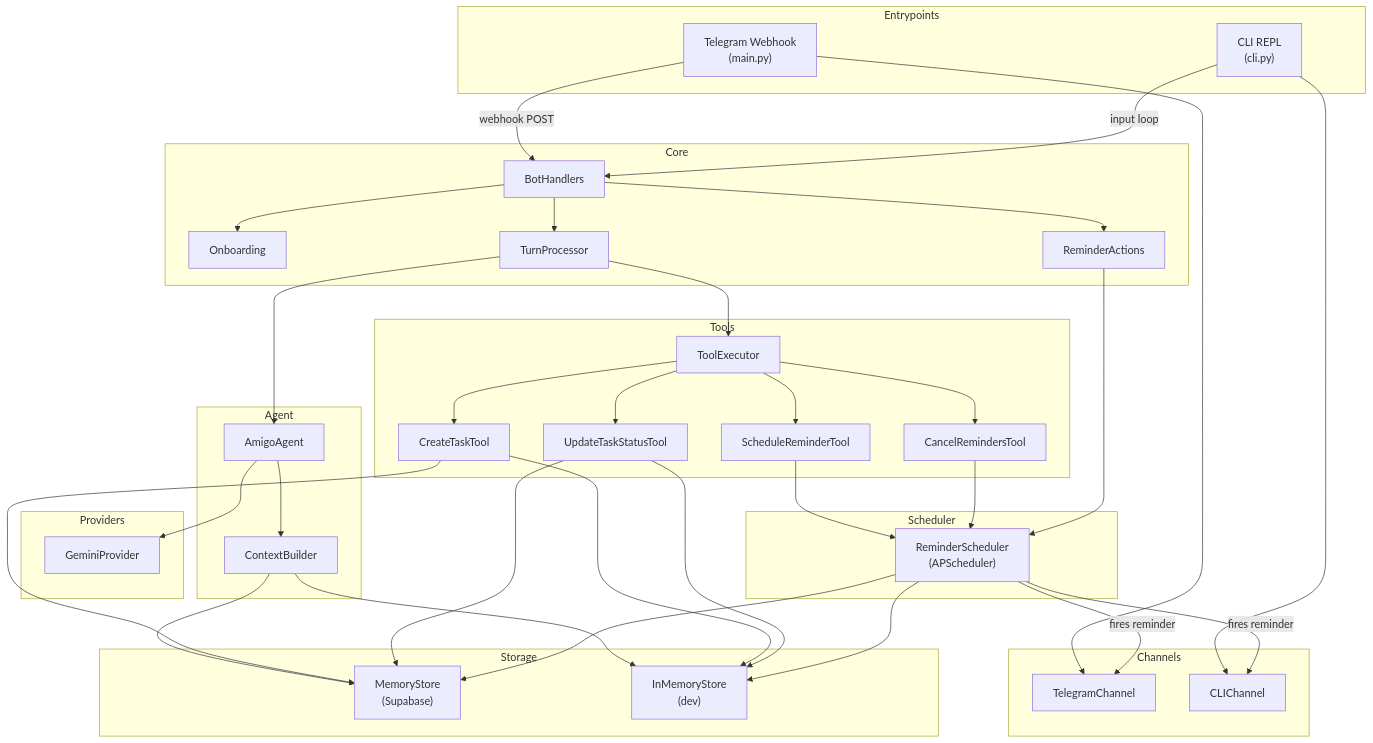
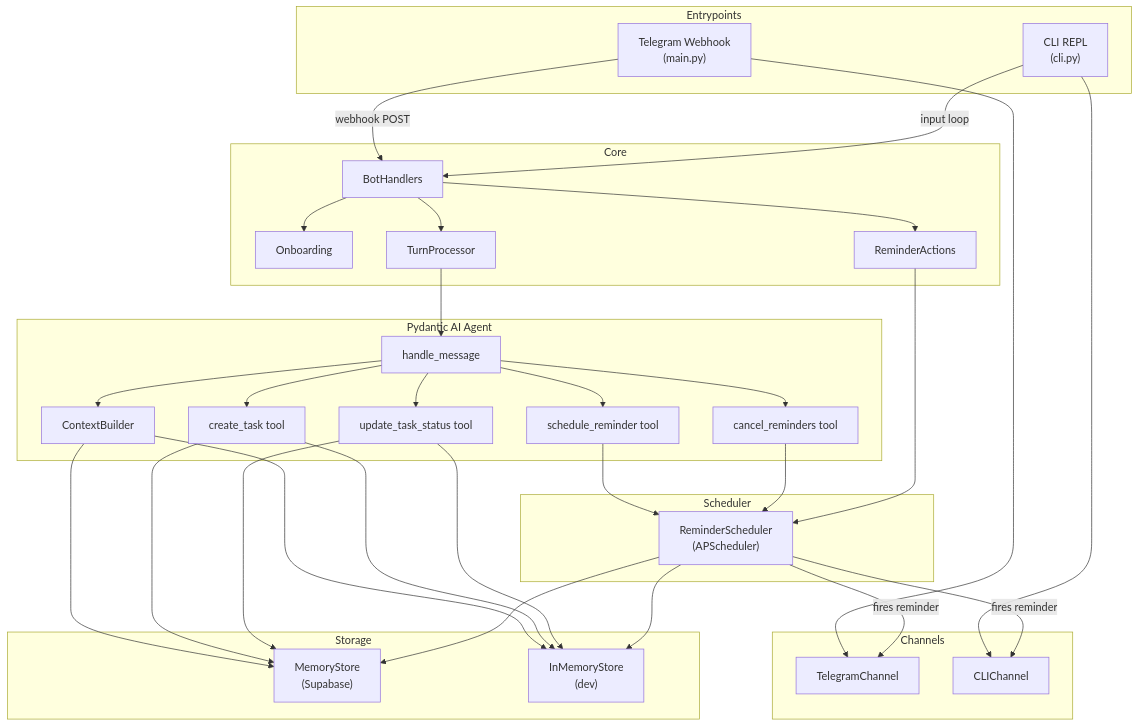
Before and after one commit to chapagainmanoj/amigo: the diagram in docs/architecture.md, drawn with Mermaid. The commit also changed other lines of this file and 26 other files, not shown here.

````diff
--- a/docs/architecture.md
+++ b/docs/architecture.md
@@ -79,78 +79,68 @@
 ```mermaid
 graph TD
     subgraph Entrypoints
         TG["Telegram Webhook<br/>(main.py)"]
         CLI["CLI REPL<br/>(cli.py)"]
     end
 
     subgraph Channels
         TC["TelegramChannel"]
         CC["CLIChannel"]
     end
 
     subgraph Core
         BH["BotHandlers"]
         OB["Onboarding"]
         TP["TurnProcessor"]
         RA["ReminderActions"]
     end
 
-    subgraph Agent
-        AA["AmigoAgent"]
+    subgraph Agent["Pydantic AI Agent"]
+        HM["handle_message"]
         CB["ContextBuilder"]
-    end
-
-    subgraph Tools
-        TE["ToolExecutor"]
-        CT["CreateTaskTool"]
-        SR["ScheduleReminderTool"]
-        US["UpdateTaskStatusTool"]
-        CR["CancelRemindersTool"]
-    end
-
-    subgraph Providers
-        GP["GeminiProvider"]
+        T_CT["create_task tool"]
+        T_US["update_task_status tool"]
+        T_SR["schedule_reminder tool"]
+        T_CR["cancel_reminders tool"]
     end
 
     subgraph Storage
         MS["MemoryStore<br/>(Supabase)"]
         IMS["InMemoryStore<br/>(dev)"]
     end
 
     subgraph Scheduler
         RS["ReminderScheduler<br/>(APScheduler)"]
     end
 
     TG -->|webhook POST| BH
     CLI -->|input loop| BH
     TG --> TC
     CLI --> CC
 
     BH --> OB
     BH --> TP
     BH --> RA
 
-    TP --> AA
-    AA --> CB
-    AA --> GP
+    TP --> HM
+    HM --> CB
     CB --> MS
     CB --> IMS
 
-    TP --> TE
-    TE --> CT
-    TE --> SR
-    TE --> US
-    TE --> CR
-    CT --> MS
-    CT --> IMS
-    SR --> RS
-    US --> MS
-    US --> IMS
-    CR --> RS
+    HM --> T_CT
+    HM --> T_US
+    HM --> T_SR
+    HM --> T_CR
+    T_CT --> MS
+    T_CT --> IMS
+    T_SR --> RS
+    T_US --> MS
+    T_US --> IMS
+    T_CR --> RS
 
     RA --> RS
     RS -->|fires reminder| TC
     RS -->|fires reminder| CC
     RS --> MS
     RS --> IMS
 ```
````
